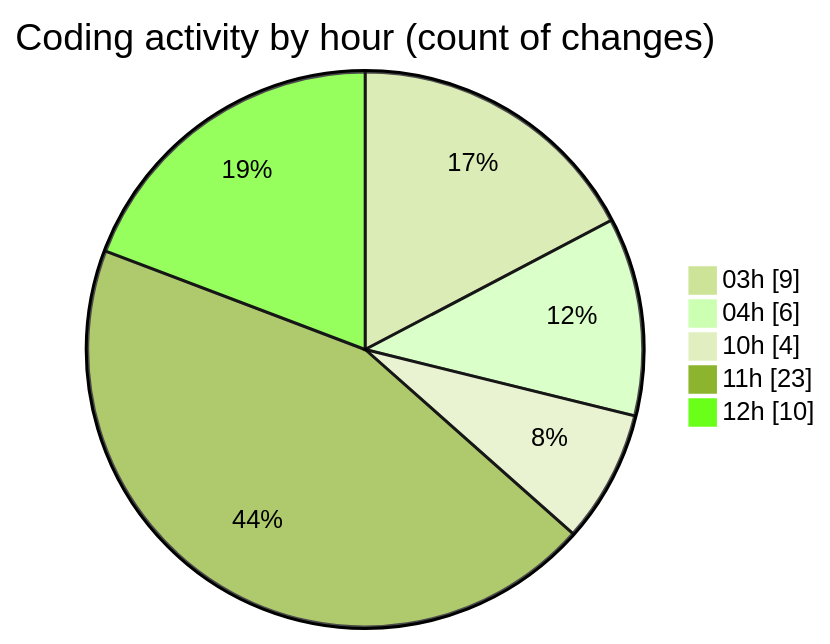
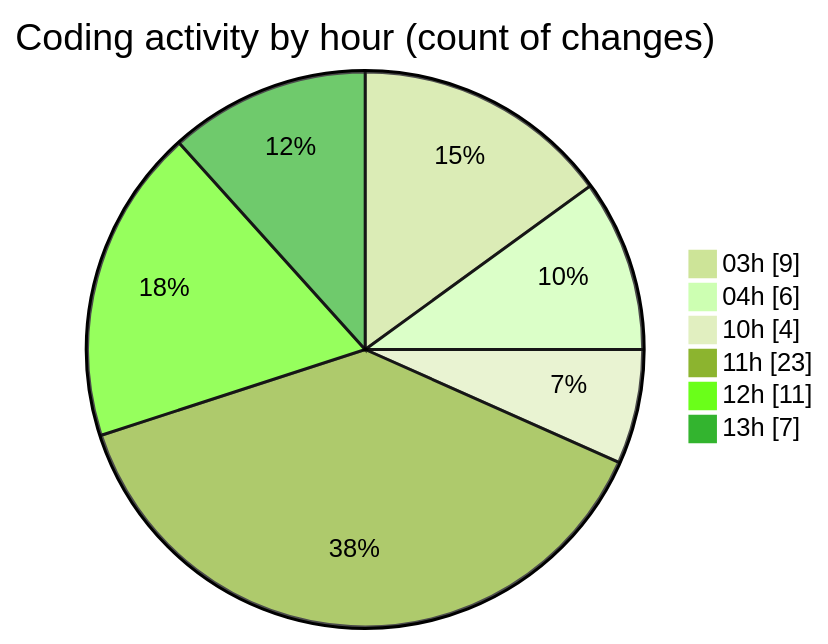
The second of 2 diagrams in 2025-10-30/eventscop-frontend-guide__workspace_/README.md (julien-gomy/code-tracking), drawn with Mermaid (forest theme) before and after one commit. The commit also changed other lines of this file and 1 other file, not shown here.

````diff
--- a/2025-10-30/eventscop-frontend-guide__workspace_/README.md
+++ b/2025-10-30/eventscop-frontend-guide__workspace_/README.md
@@ -41,9 +41,10 @@
 ```mermaid
 pie showData
 title Coding activity by hour (count of changes)
 "03h" : 9
 "04h" : 6
 "10h" : 4
 "11h" : 23
-"12h" : 10
+"12h" : 11
+"13h" : 7
 ```
````
